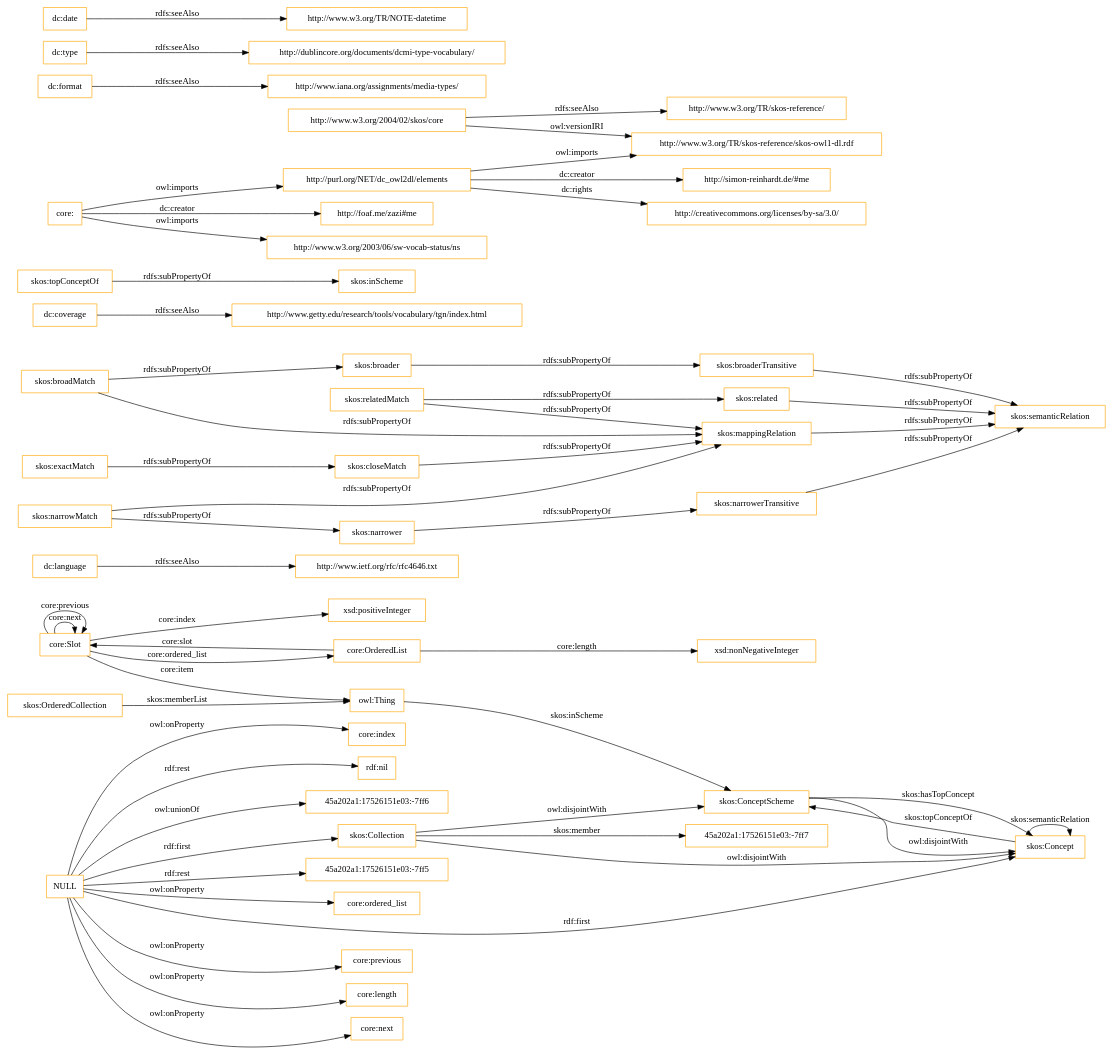
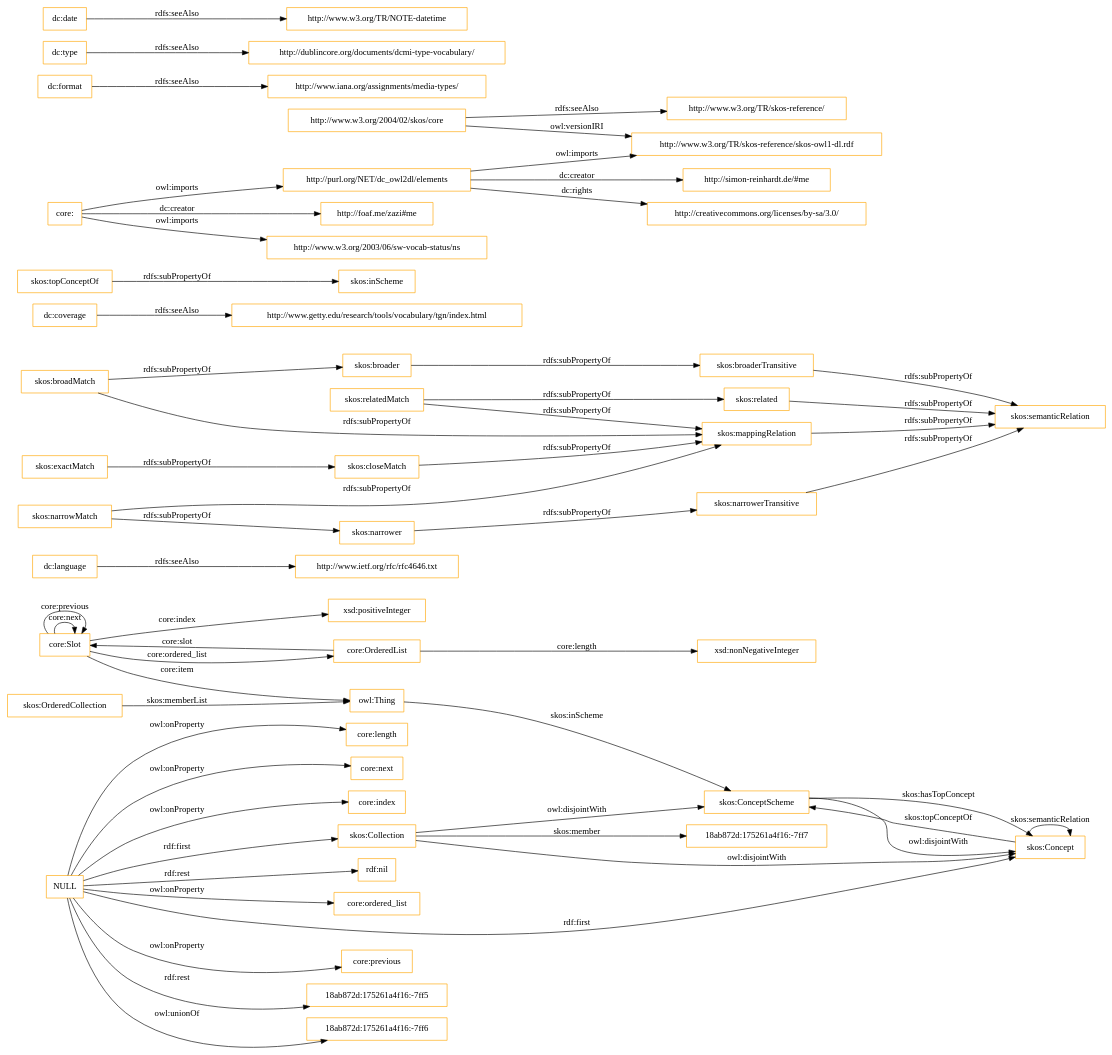
Before and after one commit to OnToologyUser/core-ontology-1: the diagram in OnToology/imports/core.owl/diagrams/ar2dtool-class/core.owl.png.dot, drawn with Graphviz. The commit also changed 14 other files, not shown here.

```diff
--- a/OnToology/imports/core.owl/diagrams/ar2dtool-class/core.owl.png.dot
+++ b/OnToology/imports/core.owl/diagrams/ar2dtool-class/core.owl.png.dot
@@ -1,60 +1,60 @@
 digraph ar2dtool_diagram { 
 rankdir=LR;
 size="1501"
-node [shape = rectangle, color="orange"]; "core:Slot" "core:OrderedList" "45a202a1:17526151e03:-7ff7" "skos:OrderedCollection" "skos:Collection" "skos:ConceptScheme" "skos:Concept" ; /*classes style*/
+node [shape = rectangle, color="orange"]; "core:Slot" "core:OrderedList" "18ab872d:175261a4f16:-7ff7" "skos:OrderedCollection" "skos:Collection" "skos:ConceptScheme" "skos:Concept" ; /*classes style*/
 	"dc:language" -> "http://www.ietf.org/rfc/rfc4646.txt" [ label = "rdfs:seeAlso" ];
 	"NULL" -> "core:previous" [ label = "owl:onProperty" ];
+	"NULL" -> "18ab872d:175261a4f16:-7ff5" [ label = "rdf:rest" ];
+	"NULL" -> "18ab872d:175261a4f16:-7ff6" [ label = "owl:unionOf" ];
 	"NULL" -> "core:length" [ label = "owl:onProperty" ];
 	"NULL" -> "skos:Concept" [ label = "rdf:first" ];
 	"NULL" -> "core:next" [ label = "owl:onProperty" ];
 	"NULL" -> "core:index" [ label = "owl:onProperty" ];
 	"NULL" -> "rdf:nil" [ label = "rdf:rest" ];
-	"NULL" -> "45a202a1:17526151e03:-7ff6" [ label = "owl:unionOf" ];
-	"NULL" -> "45a202a1:17526151e03:-7ff5" [ label = "rdf:rest" ];
 	"NULL" -> "core:ordered_list" [ label = "owl:onProperty" ];
 	"NULL" -> "skos:Collection" [ label = "rdf:first" ];
 	"skos:closeMatch" -> "skos:mappingRelation" [ label = "rdfs:subPropertyOf" ];
 	"dc:coverage" -> "http://www.getty.edu/research/tools/vocabulary/tgn/index.html" [ label = "rdfs:seeAlso" ];
 	"skos:relatedMatch" -> "skos:related" [ label = "rdfs:subPropertyOf" ];
 	"skos:relatedMatch" -> "skos:mappingRelation" [ label = "rdfs:subPropertyOf" ];
 	"skos:ConceptScheme" -> "skos:Concept" [ label = "owl:disjointWith" ];
 	"skos:related" -> "skos:semanticRelation" [ label = "rdfs:subPropertyOf" ];
 	"skos:topConceptOf" -> "skos:inScheme" [ label = "rdfs:subPropertyOf" ];
 	"skos:broadMatch" -> "skos:broader" [ label = "rdfs:subPropertyOf" ];
 	"skos:broadMatch" -> "skos:mappingRelation" [ label = "rdfs:subPropertyOf" ];
 	"http://purl.org/NET/dc_owl2dl/elements" -> "http://www.w3.org/TR/skos-reference/skos-owl1-dl.rdf" [ label = "owl:imports" ];
 	"http://purl.org/NET/dc_owl2dl/elements" -> "http://creativecommons.org/licenses/by-sa/3.0/" [ label = "dc:rights" ];
 	"http://purl.org/NET/dc_owl2dl/elements" -> "http://simon-reinhardt.de/#me" [ label = "dc:creator" ];
 	"skos:exactMatch" -> "skos:closeMatch" [ label = "rdfs:subPropertyOf" ];
 	"dc:format" -> "http://www.iana.org/assignments/media-types/" [ label = "rdfs:seeAlso" ];
 	"core:" -> "http://foaf.me/zazi#me" [ label = "dc:creator" ];
 	"core:" -> "http://www.w3.org/2003/06/sw-vocab-status/ns" [ label = "owl:imports" ];
 	"core:" -> "http://purl.org/NET/dc_owl2dl/elements" [ label = "owl:imports" ];
 	"skos:broaderTransitive" -> "skos:semanticRelation" [ label = "rdfs:subPropertyOf" ];
 	"skos:mappingRelation" -> "skos:semanticRelation" [ label = "rdfs:subPropertyOf" ];
 	"skos:broader" -> "skos:broaderTransitive" [ label = "rdfs:subPropertyOf" ];
 	"dc:type" -> "http://dublincore.org/documents/dcmi-type-vocabulary/" [ label = "rdfs:seeAlso" ];
 	"http://www.w3.org/2004/02/skos/core" -> "http://www.w3.org/TR/skos-reference/skos-owl1-dl.rdf" [ label = "owl:versionIRI" ];
 	"http://www.w3.org/2004/02/skos/core" -> "http://www.w3.org/TR/skos-reference/" [ label = "rdfs:seeAlso" ];
 	"skos:Collection" -> "skos:ConceptScheme" [ label = "owl:disjointWith" ];
 	"skos:Collection" -> "skos:Concept" [ label = "owl:disjointWith" ];
 	"skos:narrowMatch" -> "skos:narrower" [ label = "rdfs:subPropertyOf" ];
 	"skos:narrowMatch" -> "skos:mappingRelation" [ label = "rdfs:subPropertyOf" ];
 	"skos:narrower" -> "skos:narrowerTransitive" [ label = "rdfs:subPropertyOf" ];
 	"dc:date" -> "http://www.w3.org/TR/NOTE-datetime" [ label = "rdfs:seeAlso" ];
 	"skos:narrowerTransitive" -> "skos:semanticRelation" [ label = "rdfs:subPropertyOf" ];
 	"core:Slot" -> "xsd:positiveInteger" [ label = "core:index" ];
 	"skos:Concept" -> "skos:ConceptScheme" [ label = "skos:topConceptOf" ];
 	"core:Slot" -> "owl:Thing" [ label = "core:item" ];
 	"core:OrderedList" -> "xsd:nonNegativeInteger" [ label = "core:length" ];
 	"core:OrderedList" -> "core:Slot" [ label = "core:slot" ];
-	"skos:Collection" -> "45a202a1:17526151e03:-7ff7" [ label = "skos:member" ];
+	"skos:Collection" -> "18ab872d:175261a4f16:-7ff7" [ label = "skos:member" ];
 	"core:Slot" -> "core:Slot" [ label = "core:next" ];
 	"skos:ConceptScheme" -> "skos:Concept" [ label = "skos:hasTopConcept" ];
 	"owl:Thing" -> "skos:ConceptScheme" [ label = "skos:inScheme" ];
 	"core:Slot" -> "core:Slot" [ label = "core:previous" ];
 	"skos:OrderedCollection" -> "owl:Thing" [ label = "skos:memberList" ];
 	"skos:Concept" -> "skos:Concept" [ label = "skos:semanticRelation" ];
 	"core:Slot" -> "core:OrderedList" [ label = "core:ordered_list" ];
 
 }
```
